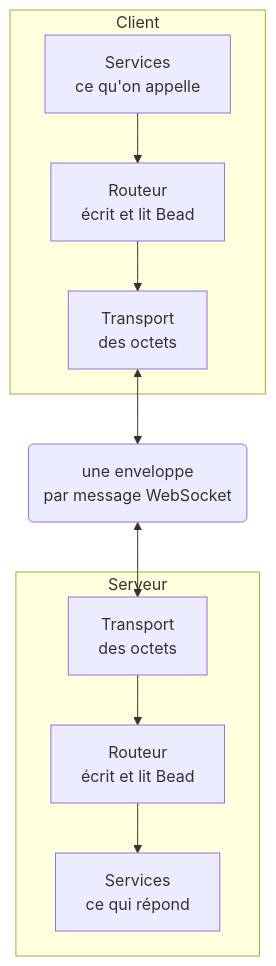
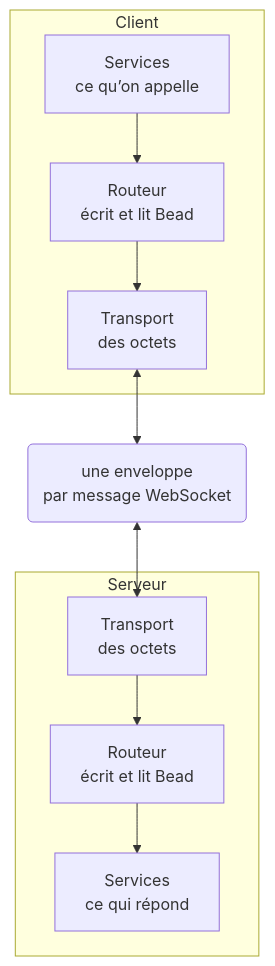
The diagram in site/diagrams/fr/layers.mmd (francisdesjardins/bead), drawn with Mermaid before and after one commit. The commit also changed 44 other files, not shown here.

```diff
--- a/site/diagrams/fr/layers.mmd
+++ b/site/diagrams/fr/layers.mmd
@@ -1,8 +1,8 @@
 flowchart TB
   subgraph client["Client"]
-    s1["Services<br/>ce qu'on appelle"] --> r1["Routeur<br/>écrit et lit Bead"] --> t1["Transport<br/>des octets"]
+    s1["Services<br/>ce qu’on appelle"] --> r1["Routeur<br/>écrit et lit Bead"] --> t1["Transport<br/>des octets"]
   end
   subgraph server["Serveur"]
     t2["Transport<br/>des octets"] --> r2["Routeur<br/>écrit et lit Bead"] --> s2["Services<br/>ce qui répond"]
   end
   t1 <--> wire("une enveloppe<br/>par message WebSocket") <--> t2
```
